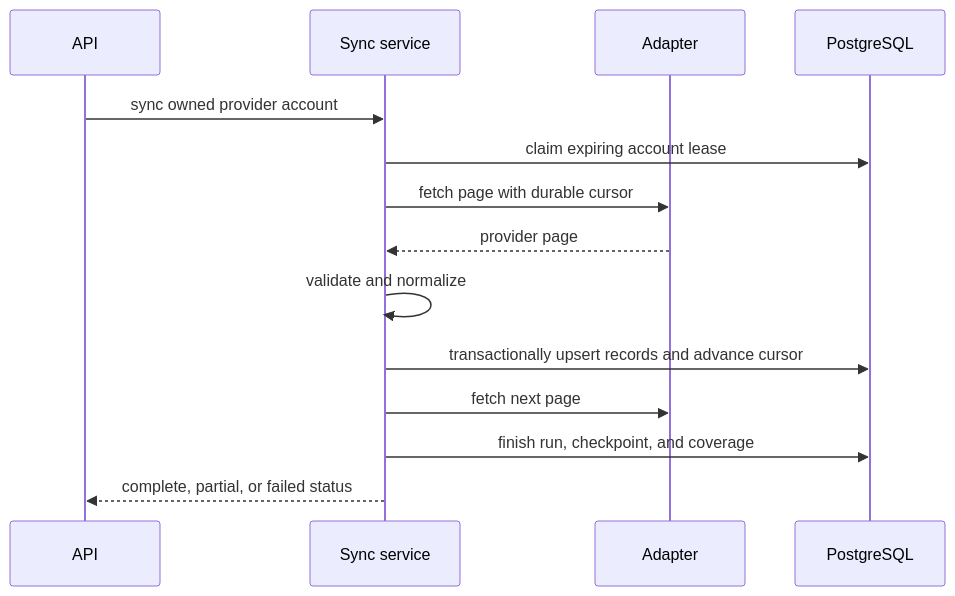
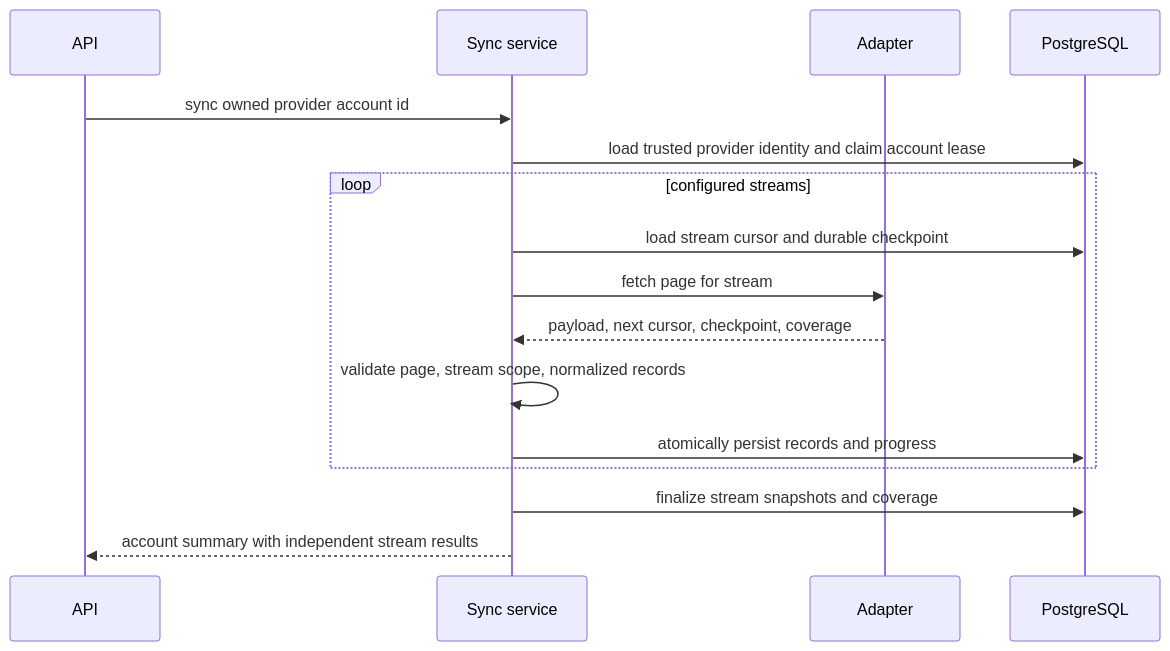
The second of 2 diagrams in backend/docs/ARCHITECTURE.md (chin0312/scevia), drawn with Mermaid before and after one commit. The commit also changed other lines of this file and 24 other files, not shown here.

````diff
--- a/backend/docs/ARCHITECTURE.md
+++ b/backend/docs/ARCHITECTURE.md
@@ -52,16 +52,18 @@
 ```mermaid
 sequenceDiagram
   participant API
   participant Sync as Sync service
   participant Adapter
   participant DB as PostgreSQL
-  API->>Sync: sync owned provider account
-  Sync->>DB: claim expiring account lease
-  Sync->>Adapter: fetch page with durable cursor
-  Adapter-->>Sync: provider page
-  Sync->>Sync: validate and normalize
-  Sync->>DB: transactionally upsert records and advance cursor
-  Sync->>Adapter: fetch next page
-  Sync->>DB: finish run, checkpoint, and coverage
-  Sync-->>API: complete, partial, or failed status
+  API->>Sync: sync owned provider account id
+  Sync->>DB: load trusted provider identity and claim account lease
+  loop configured streams
+    Sync->>DB: load stream cursor and durable checkpoint
+    Sync->>Adapter: fetch page for stream
+    Adapter-->>Sync: payload, next cursor, checkpoint, coverage
+    Sync->>Sync: validate page, stream scope, normalized records
+    Sync->>DB: atomically persist records and progress
+  end
+  Sync->>DB: finalize stream snapshots and coverage
+  Sync-->>API: account summary with independent stream results
 ```
````
